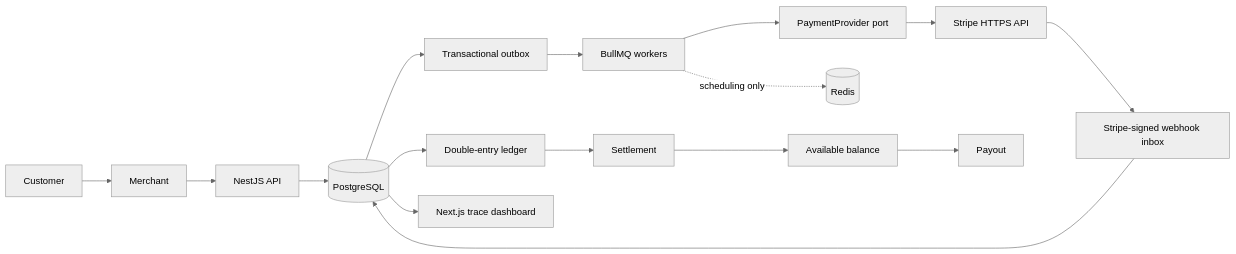
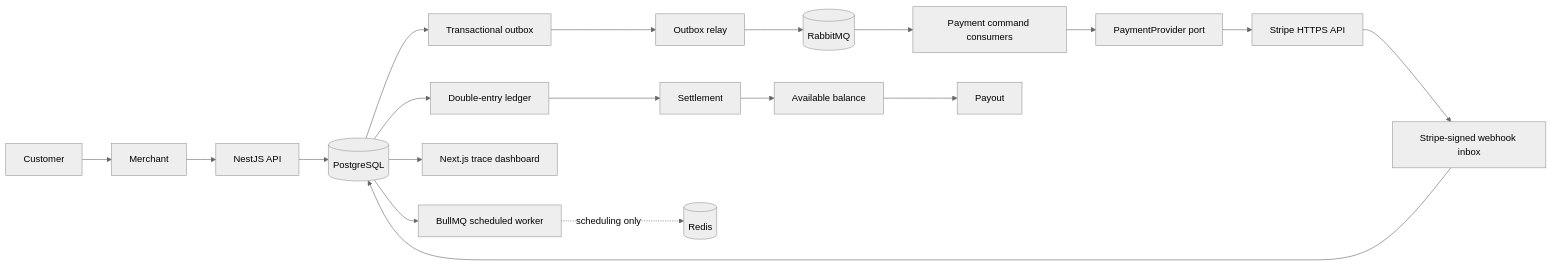
The diagram in docs/architecture.md (daniel-tsx/fintech), drawn with Mermaid (neutral theme) before and after one commit. The commit also changed other lines of this file and 29 other files, not shown here.

Commit message:
feat: route provider commands through RabbitMQ

````diff
--- a/docs/architecture.md
+++ b/docs/architecture.md
@@ -7,18 +7,21 @@
 ```mermaid
 flowchart LR
   C[Customer] --> M[Merchant]
   M --> API[NestJS API]
   API --> DB[(PostgreSQL)]
   DB --> OB[Transactional outbox]
-  OB --> W[BullMQ workers]
-  W --> PA[PaymentProvider port]
+  OB --> OR[Outbox relay]
+  OR --> RMQ[(RabbitMQ)]
+  RMQ --> PC[Payment command consumers]
+  PC --> PA[PaymentProvider port]
   PA --> PSP[Stripe HTTPS API]
   PSP --> WH[Stripe-signed webhook inbox]
   WH --> DB
   DB --> L[Double-entry ledger]
   L --> S[Settlement]
   S --> B[Available balance]
   B --> P[Payout]
   DB --> UI[Next.js trace dashboard]
+  DB --> W[BullMQ scheduled worker]
   W -. scheduling only .-> R[(Redis)]
 ```
````
